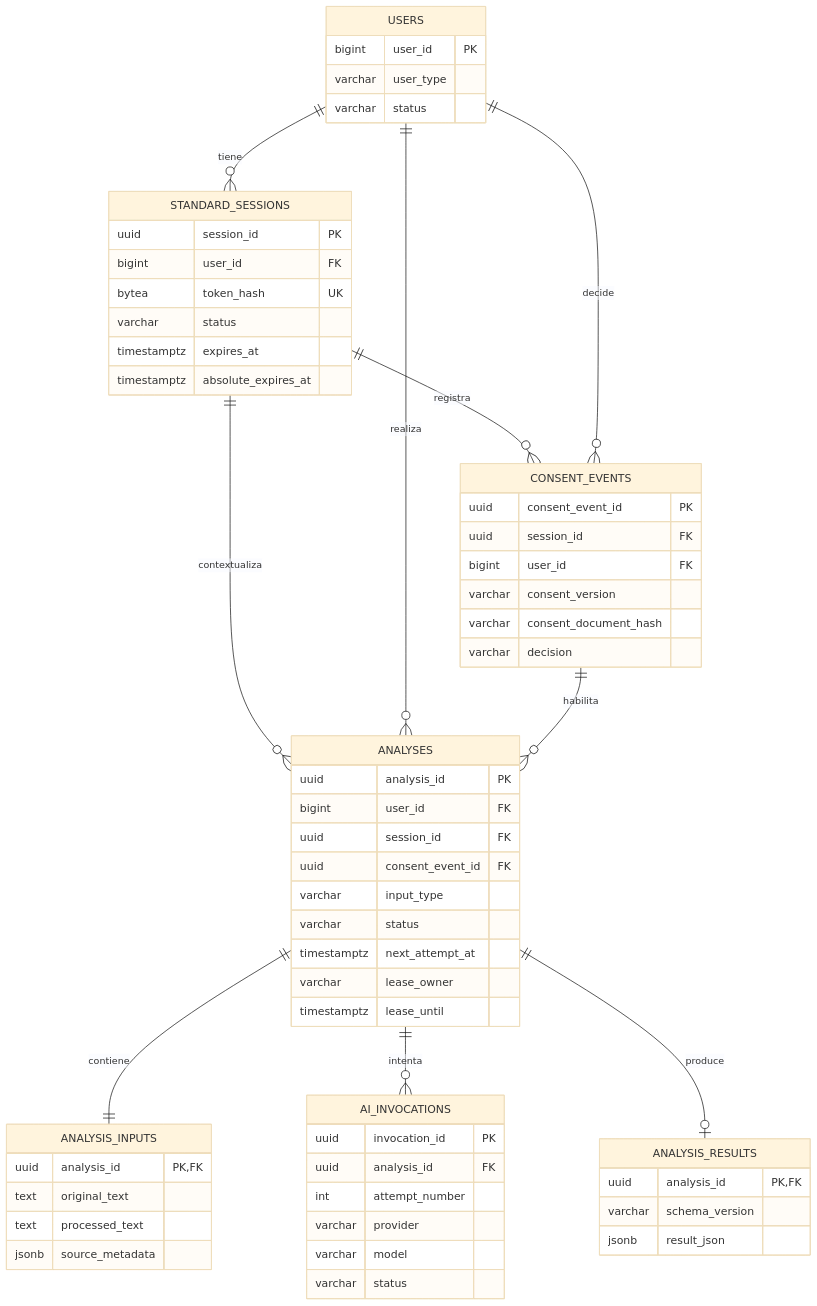
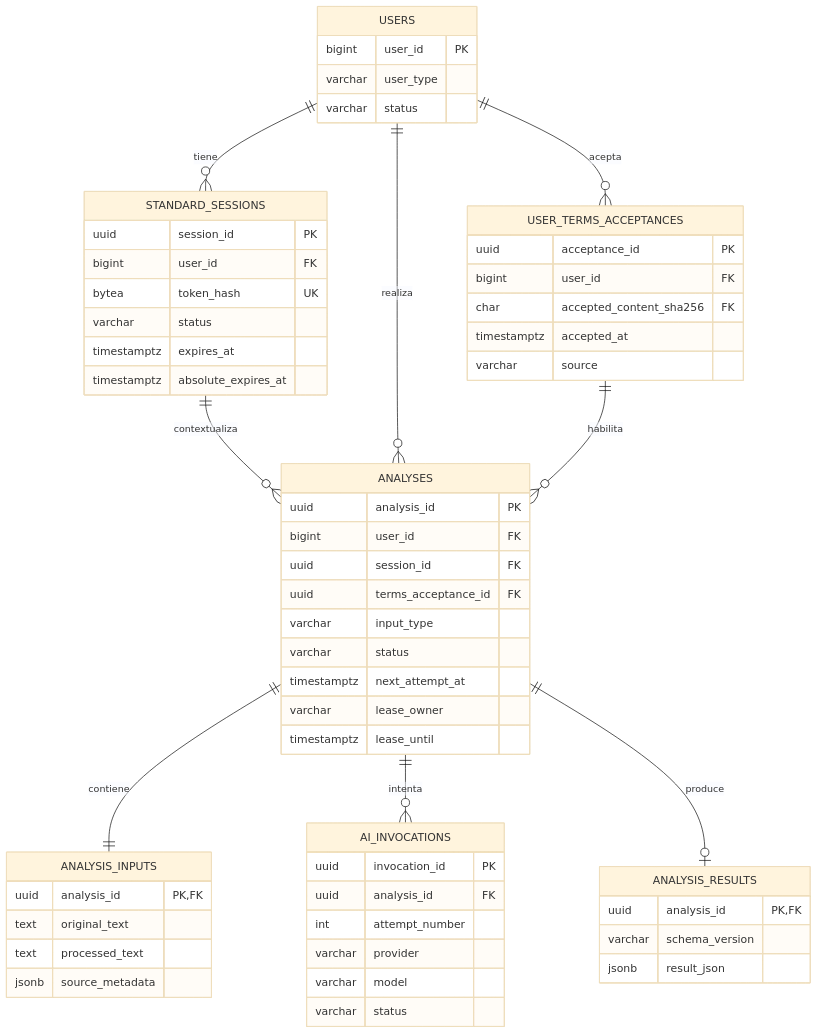
Before and after one commit to ElvisMan2/identipat-ia: the first of 2 diagrams in docs/design/analysis-domain.md, drawn with Mermaid (base theme). The commit also changed other lines of this file and 58 other files, not shown here.

````diff
--- a/docs/design/analysis-domain.md
+++ b/docs/design/analysis-domain.md
@@ -41,64 +41,62 @@
 ```mermaid
 erDiagram
     USERS ||--o{ STANDARD_SESSIONS : "tiene"
-    STANDARD_SESSIONS ||--o{ CONSENT_EVENTS : "registra"
-    USERS ||--o{ CONSENT_EVENTS : "decide"
+    USERS ||--o{ USER_TERMS_ACCEPTANCES : "acepta"
     STANDARD_SESSIONS ||--o{ ANALYSES : "contextualiza"
     USERS ||--o{ ANALYSES : "realiza"
-    CONSENT_EVENTS ||--o{ ANALYSES : "habilita"
+    USER_TERMS_ACCEPTANCES ||--o{ ANALYSES : "habilita"
     ANALYSES ||--|| ANALYSIS_INPUTS : "contiene"
     ANALYSES ||--o{ AI_INVOCATIONS : "intenta"
     ANALYSES ||--o| ANALYSIS_RESULTS : "produce"
 
     USERS {
         bigint user_id PK
         varchar user_type
         varchar status
     }
     STANDARD_SESSIONS {
         uuid session_id PK
         bigint user_id FK
         bytea token_hash UK
         varchar status
         timestamptz expires_at
         timestamptz absolute_expires_at
     }
-    CONSENT_EVENTS {
-        uuid consent_event_id PK
-        uuid session_id FK
+    USER_TERMS_ACCEPTANCES {
+        uuid acceptance_id PK
         bigint user_id FK
-        varchar consent_version
-        varchar consent_document_hash
-        varchar decision
+        char accepted_content_sha256 FK
+        timestamptz accepted_at
+        varchar source
     }
     ANALYSES {
         uuid analysis_id PK
         bigint user_id FK
         uuid session_id FK
-        uuid consent_event_id FK
+        uuid terms_acceptance_id FK
         varchar input_type
         varchar status
         timestamptz next_attempt_at
         varchar lease_owner
         timestamptz lease_until
     }
     ANALYSIS_INPUTS {
         uuid analysis_id PK,FK
         text original_text
         text processed_text
         jsonb source_metadata
     }
     AI_INVOCATIONS {
         uuid invocation_id PK
         uuid analysis_id FK
         int attempt_number
         varchar provider
         varchar model
         varchar status
     }
     ANALYSIS_RESULTS {
         uuid analysis_id PK,FK
         varchar schema_version
         jsonb result_json
     }
 ```
````
